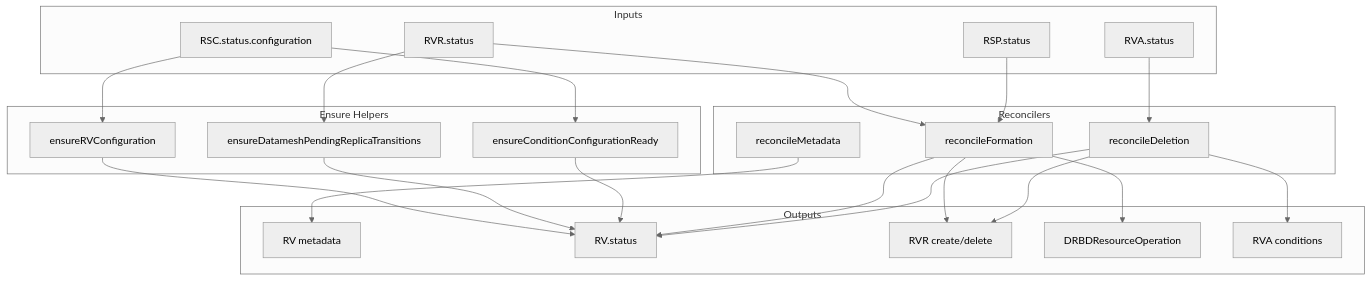
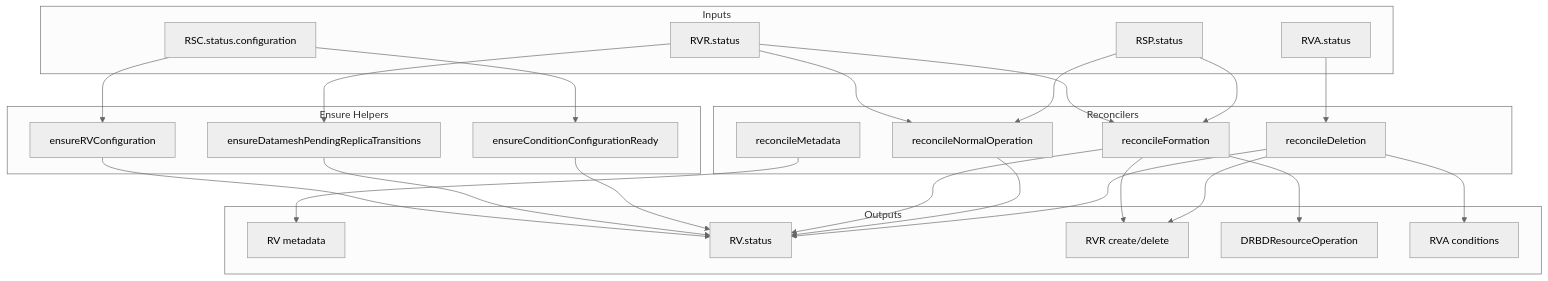
Before and after one commit to deckhouse/sds-replicated-volume: the second of 9 diagrams in images/controller/internal/controllers/rv_controller/README.md, drawn with Mermaid (neutral theme). The commit also changed other lines of this file and 17 other files, not shown here.

````diff
--- a/images/controller/internal/controllers/rv_controller/README.md
+++ b/images/controller/internal/controllers/rv_controller/README.md
@@ -249,47 +256,51 @@
 ```mermaid
 flowchart TD
     subgraph inputs [Inputs]
         RSCStatus[RSC.status.configuration]
         RSP[RSP.status]
         RVRStatus[RVR.status]
         RVAStatus[RVA.status]
     end
 
     subgraph reconcilers [Reconcilers]
         ReconcileMeta[reconcileMetadata]
         ReconcileFormation[reconcileFormation]
+        ReconcileNormalOp[reconcileNormalOperation]
         ReconcileDeletion[reconcileDeletion]
     end
 
     subgraph ensures [Ensure Helpers]
         EnsureConfig[ensureRVConfiguration]
         EnsurePending[ensureDatameshPendingReplicaTransitions]
         EnsureCondConfig[ensureConditionConfigurationReady]
     end
 
     subgraph outputs [Outputs]
         RVMeta[RV metadata]
         RVStatus[RV.status]
         RVRManaged[RVR create/delete]
         DRBDROp[DRBDResourceOperation]
         RVAConditions[RVA conditions]
     end
 
     RSCStatus --> EnsureConfig
     RSCStatus --> EnsureCondConfig
     RVRStatus --> EnsurePending
     RVRStatus --> ReconcileFormation
     RSP --> ReconcileFormation
+    RVRStatus --> ReconcileNormalOp
+    RSP --> ReconcileNormalOp
     RVAStatus --> ReconcileDeletion
 
     ReconcileMeta --> RVMeta
     EnsureConfig --> RVStatus
     EnsurePending --> RVStatus
     EnsureCondConfig --> RVStatus
     ReconcileFormation --> RVStatus
     ReconcileFormation --> RVRManaged
     ReconcileFormation --> DRBDROp
+    ReconcileNormalOp --> RVStatus
     ReconcileDeletion --> RVAConditions
     ReconcileDeletion --> RVRManaged
     ReconcileDeletion --> RVStatus
 ```
````
